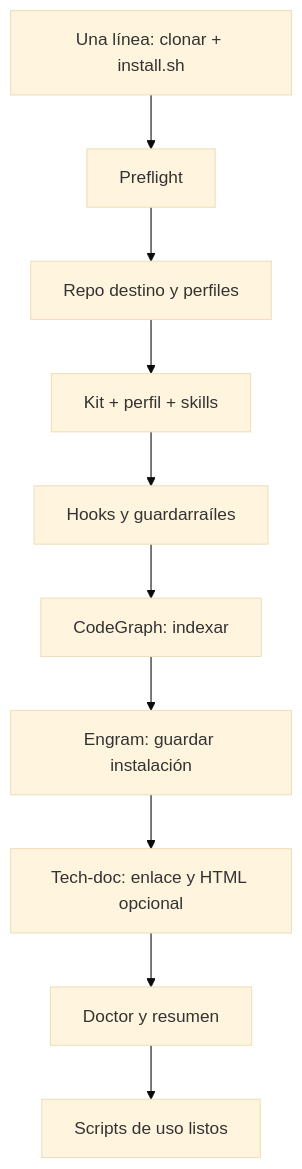
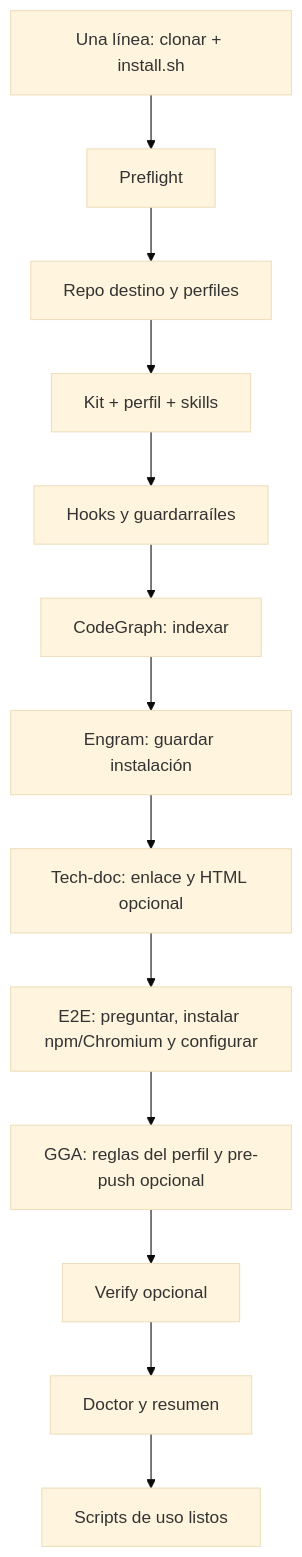
The diagram in docs/PROPUESTA-INSTALADOR-UNICO.md (ScalpersCompany/dev-agent-kit), drawn with Mermaid (base theme) before and after one commit. The commit also changed other lines of this file and 16 other files, not shown here.

Commit message:
fix(install): install toolchain and guard tools from the main flow

````diff
--- a/docs/PROPUESTA-INSTALADOR-UNICO.md
+++ b/docs/PROPUESTA-INSTALADOR-UNICO.md
@@ -34,12 +34,15 @@
 ```mermaid
 flowchart TD
   A[Una línea: clonar + install.sh] --> B[Preflight]
   B --> C[Repo destino y perfiles]
   C --> D[Kit + perfil + skills]
   D --> E[Hooks y guardarraíles]
   E --> F[CodeGraph: indexar]
   F --> G[Engram: guardar instalación]
   G --> H[Tech-doc: enlace y HTML opcional]
-  H --> I[Doctor y resumen]
-  I --> J[Scripts de uso listos]
+  H --> I[E2E: preguntar, instalar npm/Chromium y configurar]
+  I --> J[GGA: reglas del perfil y pre-push opcional]
+  J --> K[Verify opcional]
+  K --> L[Doctor y resumen]
+  L --> M[Scripts de uso listos]
 ```
````
